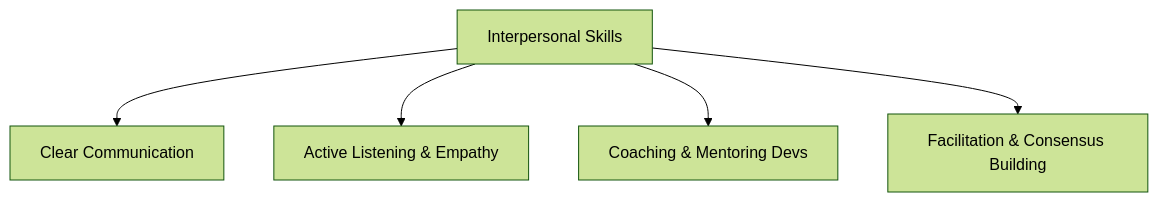
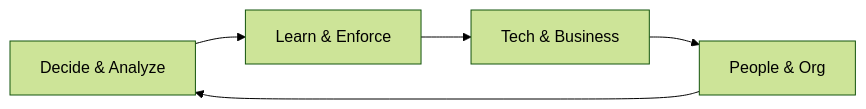
One commit to MaiTheHao/docs changed the fourth of 4 diagrams in release/software_architecture/00_introduction/04_expectations_of_an_architect.md. Above: the diagram before and after it, drawn with Mermaid (forest theme). The commit also changed other lines of this file and 3 other files, not shown here.

Commit message:
docs: standardize documentation style with Mermaid graph guidelines and explicit typography formatting rules

````diff
--- a/release/software_architecture/00_introduction/04_expectations_of_an_architect.md
+++ b/release/software_architecture/00_introduction/04_expectations_of_an_architect.md
@@ -182,10 +169,10 @@
 ```mermaid
-graph TD
-    accTitle: Các Trụ cột Kỹ năng Mềm của Kiến trúc sư
-    accDescr: Sơ đồ nhánh thể hiện các kỹ năng giao tiếp, lắng nghe và dẫn dắt team của kiến trúc sư
+graph LR
+    accTitle: Chuỗi 8 Trụ Cột Năng Lực Kiến Trúc Sư
+    accDescr: Sơ đồ chu trình liên hoàn từ Ra quyết định, Phân tích, Học hỏi, Thực thi đến Thấu hiểu Công nghệ, Nghiệp vụ, Con người và Tổ chức
 
-    softSkills["Interpersonal Skills"] --> skill1["Clear Communication"]
-    softSkills --> skill2["Active Listening & Empathy"]
-    softSkills --> skill3["Coaching & Mentoring Devs"]
-    softSkills --> skill4["Facilitation & Consensus Building"]
+    dNode["Decide & Analyze"] --> lNode["Learn & Enforce"]
+    lNode --> tNode["Tech & Business"]
+    tNode --> pNode["People & Org"]
+    pNode --> dNode
 ```
````
